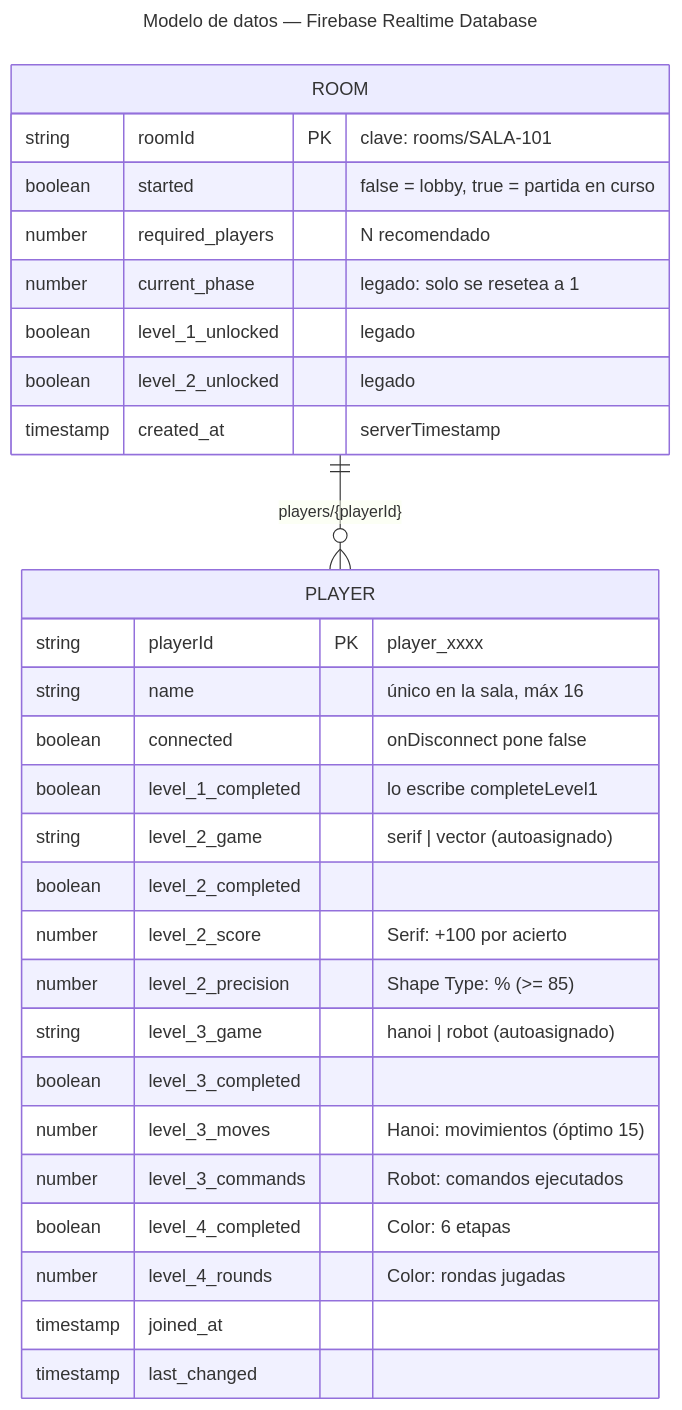
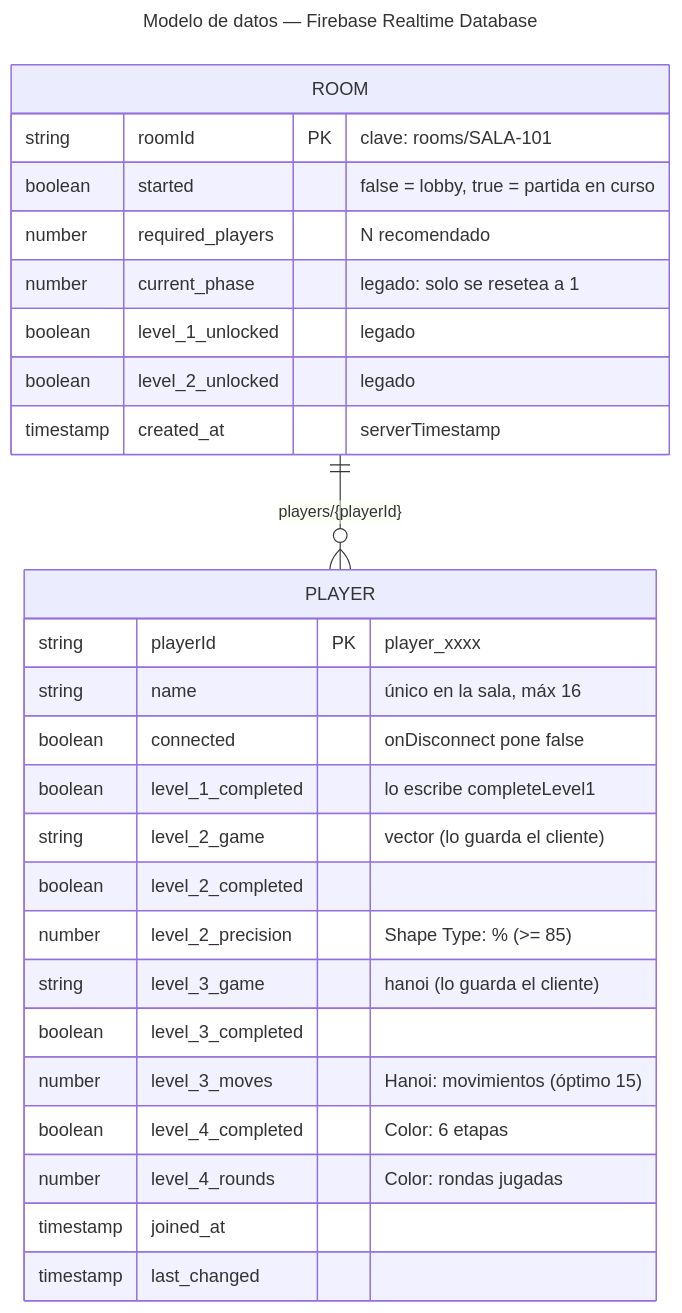
One commit to morphine75/escape_room changed the diagram in docs/diagramas/fuentes/03-modelo-de-datos.mmd. Above: the diagram before and after it, drawn with Mermaid. The commit also changed 33 other files, not shown here.

First line of the commit message:
One game per level (remove Serif and Robot Ciego); static Level 1 maze

```diff
--- a/docs/diagramas/fuentes/03-modelo-de-datos.mmd
+++ b/docs/diagramas/fuentes/03-modelo-de-datos.mmd
@@ -1,32 +1,30 @@
 ---
 title: Modelo de datos — Firebase Realtime Database
 ---
 erDiagram
   ROOM ||--o{ PLAYER : "players/{playerId}"
   ROOM {
     string roomId PK "clave: rooms/SALA-101"
     boolean started "false = lobby, true = partida en curso"
     number required_players "N recomendado"
     number current_phase "legado: solo se resetea a 1"
     boolean level_1_unlocked "legado"
     boolean level_2_unlocked "legado"
     timestamp created_at "serverTimestamp"
   }
   PLAYER {
     string playerId PK "player_xxxx"
     string name "único en la sala, máx 16"
     boolean connected "onDisconnect pone false"
     boolean level_1_completed "lo escribe completeLevel1"
-    string level_2_game "serif | vector (autoasignado)"
+    string level_2_game "vector (lo guarda el cliente)"
     boolean level_2_completed
-    number level_2_score "Serif: +100 por acierto"
     number level_2_precision "Shape Type: % (>= 85)"
-    string level_3_game "hanoi | robot (autoasignado)"
+    string level_3_game "hanoi (lo guarda el cliente)"
     boolean level_3_completed
     number level_3_moves "Hanoi: movimientos (óptimo 15)"
-    number level_3_commands "Robot: comandos ejecutados"
     boolean level_4_completed "Color: 6 etapas"
     number level_4_rounds "Color: rondas jugadas"
     timestamp joined_at
     timestamp last_changed
   }
```
